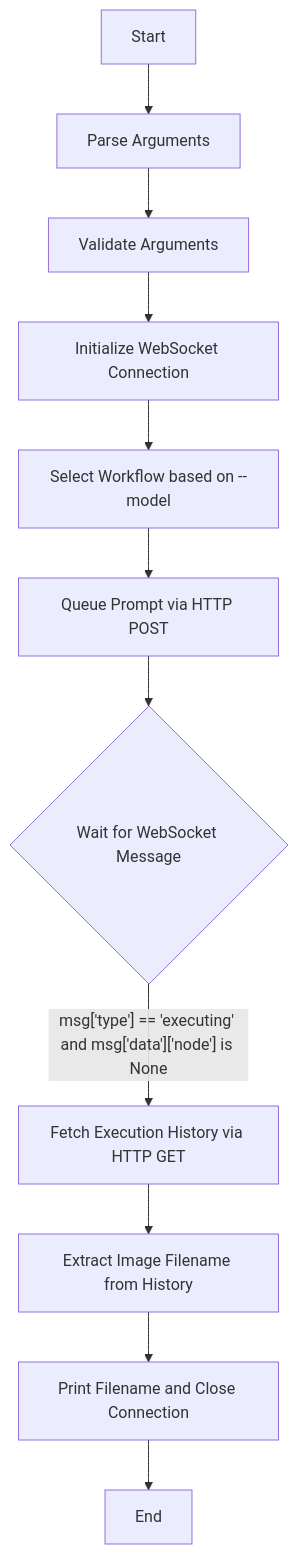
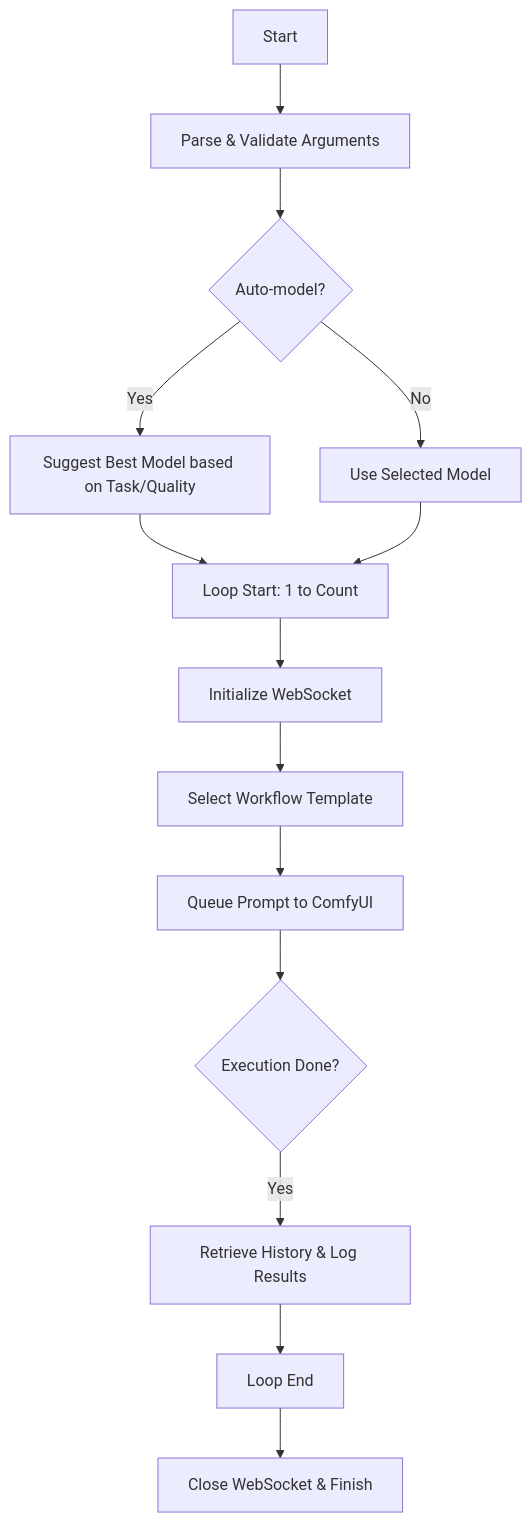
One commit to Badders80/Asset_Generation changed the diagram in docs/generate_image.md. Above: the diagram before and after it, drawn with Mermaid. The commit also changed other lines of this file and 3 other files, not shown here.

First line of the commit message:
Maximize RTX 3060 performance with optimized workflows and task-based generation.

````diff
--- a/docs/generate_image.md
+++ b/docs/generate_image.md
@@ -78,13 +75,16 @@
 ```mermaid
 graph TD
-    A[Start] --> B[Parse Arguments]
-    B --> C[Validate Arguments]
-    C --> D[Initialize WebSocket Connection]
-    D --> E[Select Workflow based on --model]
-    E --> F[Queue Prompt via HTTP POST]
-    F --> G{Wait for WebSocket Message}
-    G -- msg['type'] == 'executing' and msg['data']['node'] is None --> H[Fetch Execution History via HTTP GET]
-    H --> I[Extract Image Filename from History]
-    I --> J[Print Filename and Close Connection]
-    J --> K[End]
+    A[Start] --> B[Parse & Validate Arguments]
+    B --> C{Auto-model?}
+    C -- Yes --> D[Suggest Best Model based on Task/Quality]
+    C -- No --> E[Use Selected Model]
+    D --> F[Loop Start: 1 to Count]
+    E --> F
+    F --> G[Initialize WebSocket]
+    G --> H[Select Workflow Template]
+    H --> I[Queue Prompt to ComfyUI]
+    I --> J{Execution Done?}
+    J -- Yes --> K[Retrieve History & Log Results]
+    K --> L[Loop End]
+    L --> M[Close WebSocket & Finish]
 ```
````
